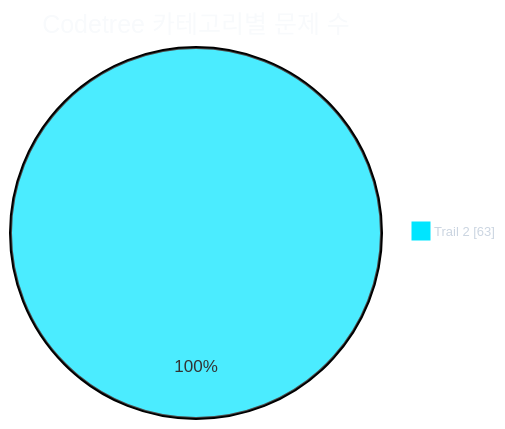
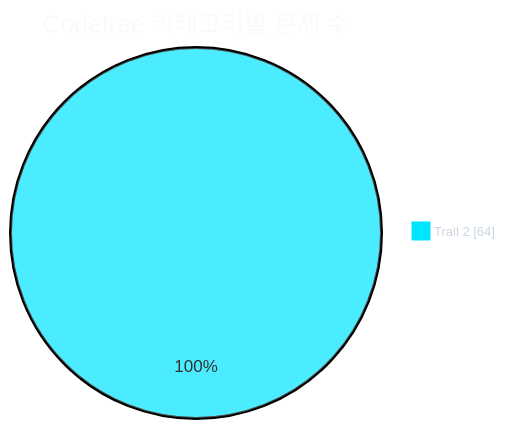
The first of 2 diagrams in readme.md (CHOOSLA/Algorithm), drawn with Mermaid before and after one commit. The commit also changed other lines of this file and 2 other files, not shown here.

````diff
--- a/readme.md
+++ b/readme.md
@@ -31,21 +31,21 @@
 ```mermaid
 ---
 config:
   theme: base
   themeVariables:
     background: '#0d1117'
     pieTitleTextColor: '#f8fafc'
     pieLegendTextColor: '#cbd5e1'
     pieLegendTextSize: '13px'
     pie1: '#00e5ff'
     pie2: '#22c55e'
     pie3: '#f59e0b'
     pie4: '#a855f7'
     pie5: '#ec4899'
     pie6: '#3b82f6'
     pie7: '#64748b'
 ---
 pie showData
   title Codetree 카테고리별 문제 수
-  "Trail 2" : 63
+  "Trail 2" : 64
 ```
````
